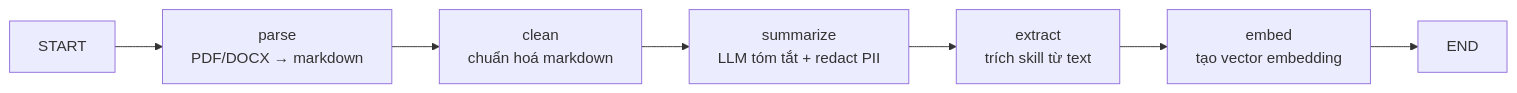
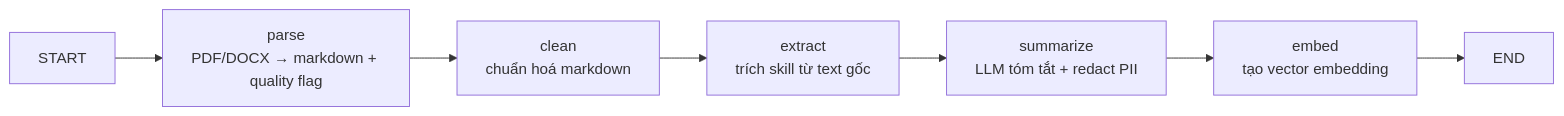
Before and after one commit to linhnguyenviet030704-oss/T099: the second of 3 diagrams in docs/architecture-agent-backend.md, drawn with Mermaid. The commit also changed other lines of this file and 30 other files, not shown here.

````diff
--- a/docs/architecture-agent-backend.md
+++ b/docs/architecture-agent-backend.md
@@ -61,9 +61,9 @@
 ```mermaid
 graph LR
-    START --> parse[parse<br/>PDF/DOCX → markdown]
+    START --> parse[parse<br/>PDF/DOCX → markdown + quality flag]
     parse --> clean[clean<br/>chuẩn hoá markdown]
-    clean --> summarize[summarize<br/>LLM tóm tắt + redact PII]
-    summarize --> extract[extract<br/>trích skill từ text]
-    extract --> embed[embed<br/>tạo vector embedding]
+    clean --> extract[extract<br/>trích skill từ text gốc]
+    extract --> summarize[summarize<br/>LLM tóm tắt + redact PII]
+    summarize --> embed[embed<br/>tạo vector embedding]
     embed --> END
 ```
````
